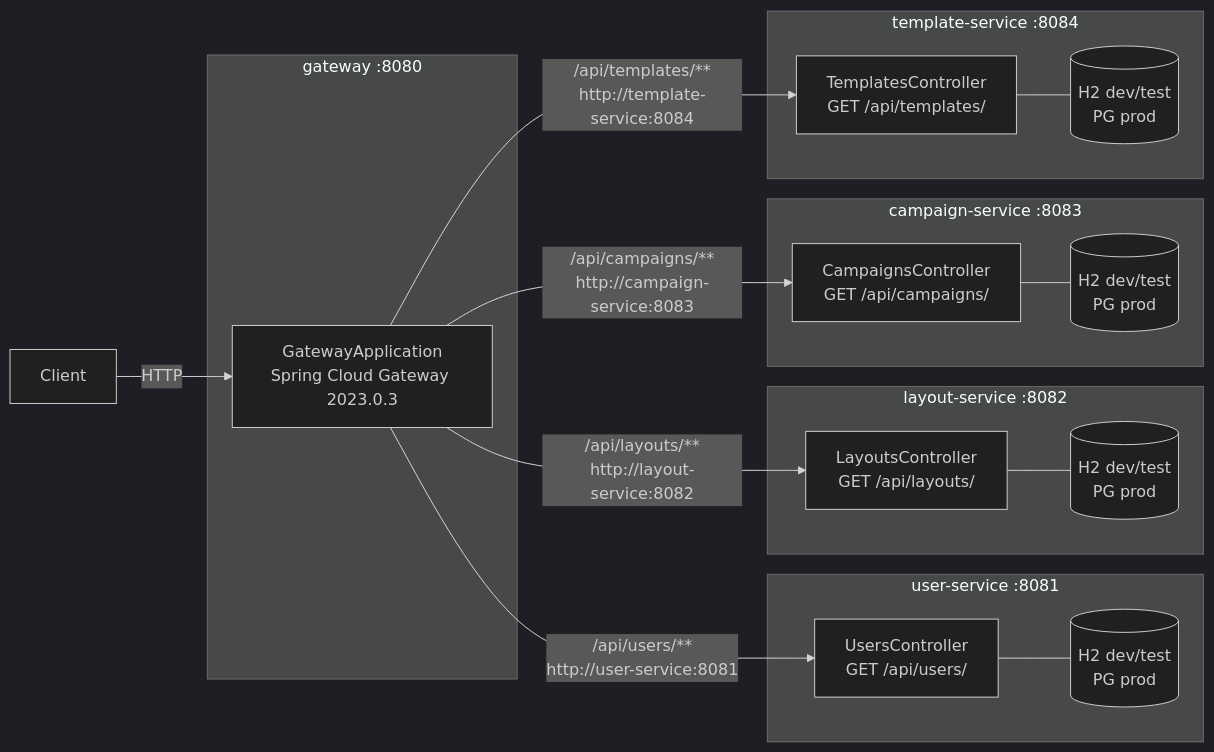
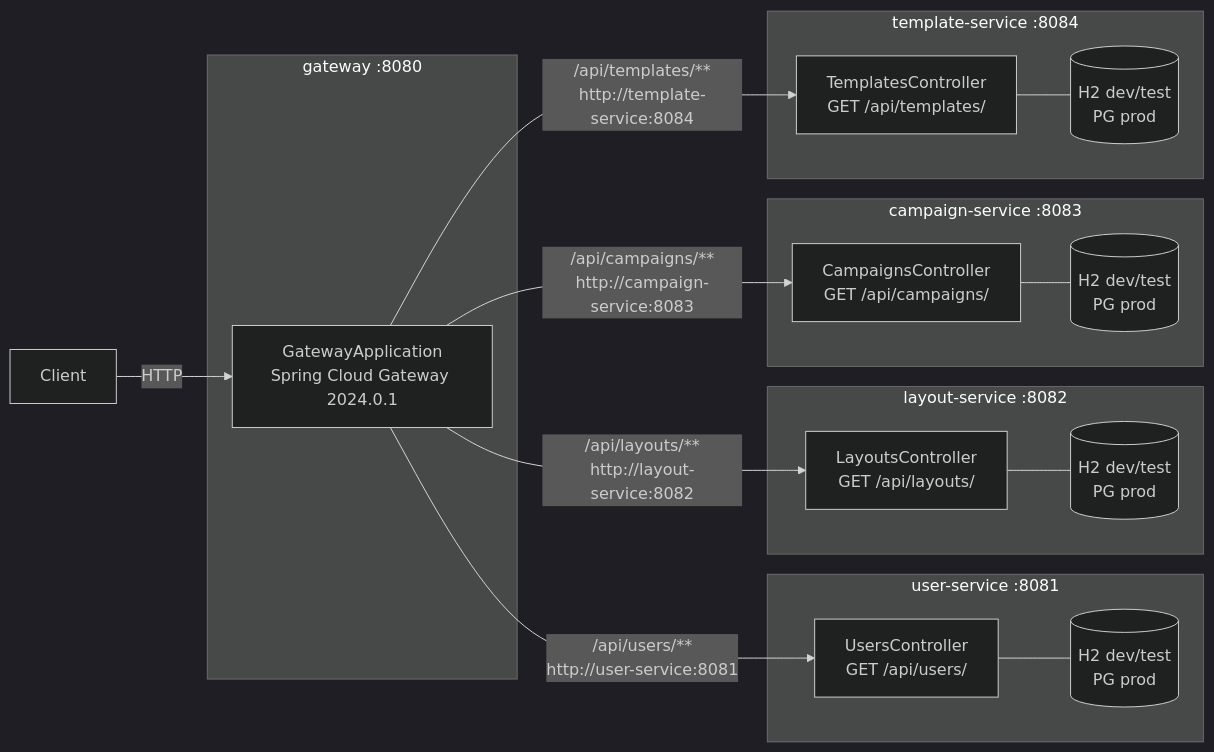
Before and after one commit to VoidfulDawn/Encounters_of_the_Void: the first of 7 diagrams in docs/ARCHITECTURE.md, drawn with Mermaid (dark theme). The commit also changed 5 other files, not shown here.

First line of the commit message:
docs(TECH-012): correct Spring Boot/Cloud versions and test datasource names in module READMEs and ARCHITECTURE.md

````diff
--- a/docs/ARCHITECTURE.md
+++ b/docs/ARCHITECTURE.md
@@ -9,38 +9,38 @@
 ```mermaid
 graph LR
     Client["Client"]
 
     subgraph GW ["gateway :8080"]
-        Gateway["GatewayApplication\nSpring Cloud Gateway 2023.0.3"]
+        Gateway["GatewayApplication\nSpring Cloud Gateway 2024.0.1"]
     end
 
     subgraph US ["user-service :8081"]
         UC["UsersController\nGET /api/users/"]
         UDB[("H2 dev/test\nPG prod")]
     end
 
     subgraph LS ["layout-service :8082"]
         LC["LayoutsController\nGET /api/layouts/"]
         LDB[("H2 dev/test\nPG prod")]
     end
 
     subgraph CS ["campaign-service :8083"]
         CC["CampaignsController\nGET /api/campaigns/"]
         CDB[("H2 dev/test\nPG prod")]
     end
 
     subgraph TS ["template-service :8084"]
         TC["TemplatesController\nGET /api/templates/"]
         TDB[("H2 dev/test\nPG prod")]
     end
 
     Client -->|"HTTP"| Gateway
     Gateway -->|"/api/users/**\nhttp://user-service:8081"| UC
     Gateway -->|"/api/layouts/**\nhttp://layout-service:8082"| LC
     Gateway -->|"/api/campaigns/**\nhttp://campaign-service:8083"| CC
     Gateway -->|"/api/templates/**\nhttp://template-service:8084"| TC
     UC --- UDB
     LC --- LDB
     CC --- CDB
     TC --- TDB
 ```
````
